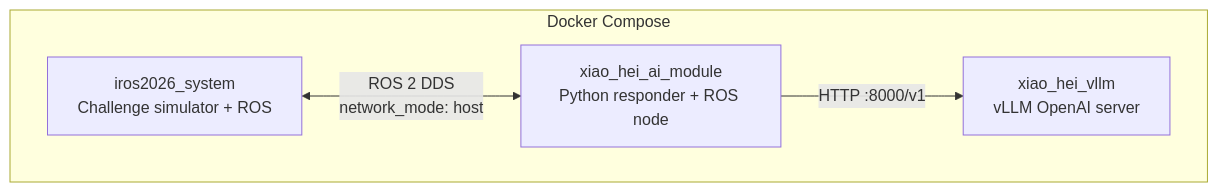
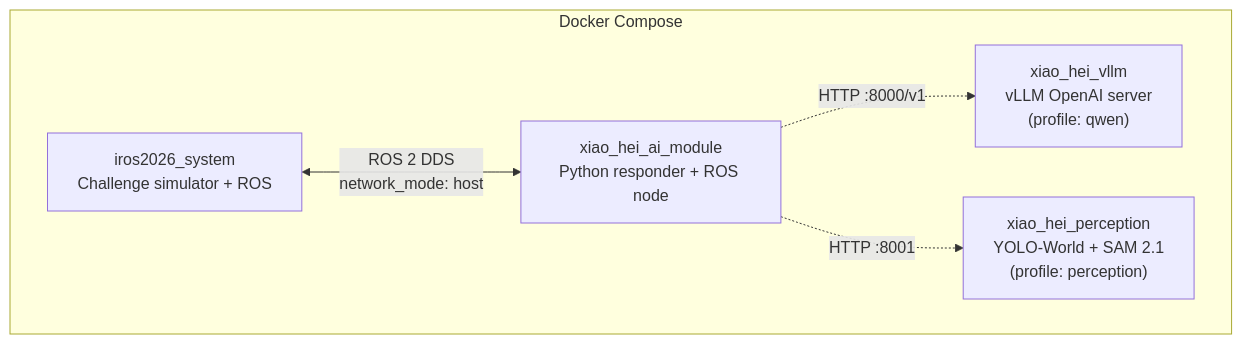
One commit to ginlov/xiao-hei-vln-cmu changed the second of 3 diagrams in docs/architecture.md. Above: the diagram before and after it, drawn with Mermaid. The commit also changed other lines of this file and 52 other files, not shown here.

First line of the commit message:
feat: scene representation + perception stack (YOLOv8x + SAM 2.1)

````diff
--- a/docs/architecture.md
+++ b/docs/architecture.md
@@ -38,11 +38,13 @@
 ```mermaid
 graph TB
     subgraph Docker Compose
         SYS[iros2026_system<br/>Challenge simulator + ROS]
         AI[xiao_hei_ai_module<br/>Python responder + ROS node]
-        VLLM[xiao_hei_vllm<br/>vLLM OpenAI server]
+        VLLM["xiao_hei_vllm<br/>vLLM OpenAI server<br/>(profile: qwen)"]
+        PERC["xiao_hei_perception<br/>YOLO-World + SAM 2.1<br/>(profile: perception)"]
     end
 
     SYS <-->|ROS 2 DDS<br/>network_mode: host| AI
-    AI -->|HTTP :8000/v1| VLLM
+    AI -.->|HTTP :8000/v1| VLLM
+    AI -.->|HTTP :8001| PERC
 ```
````
